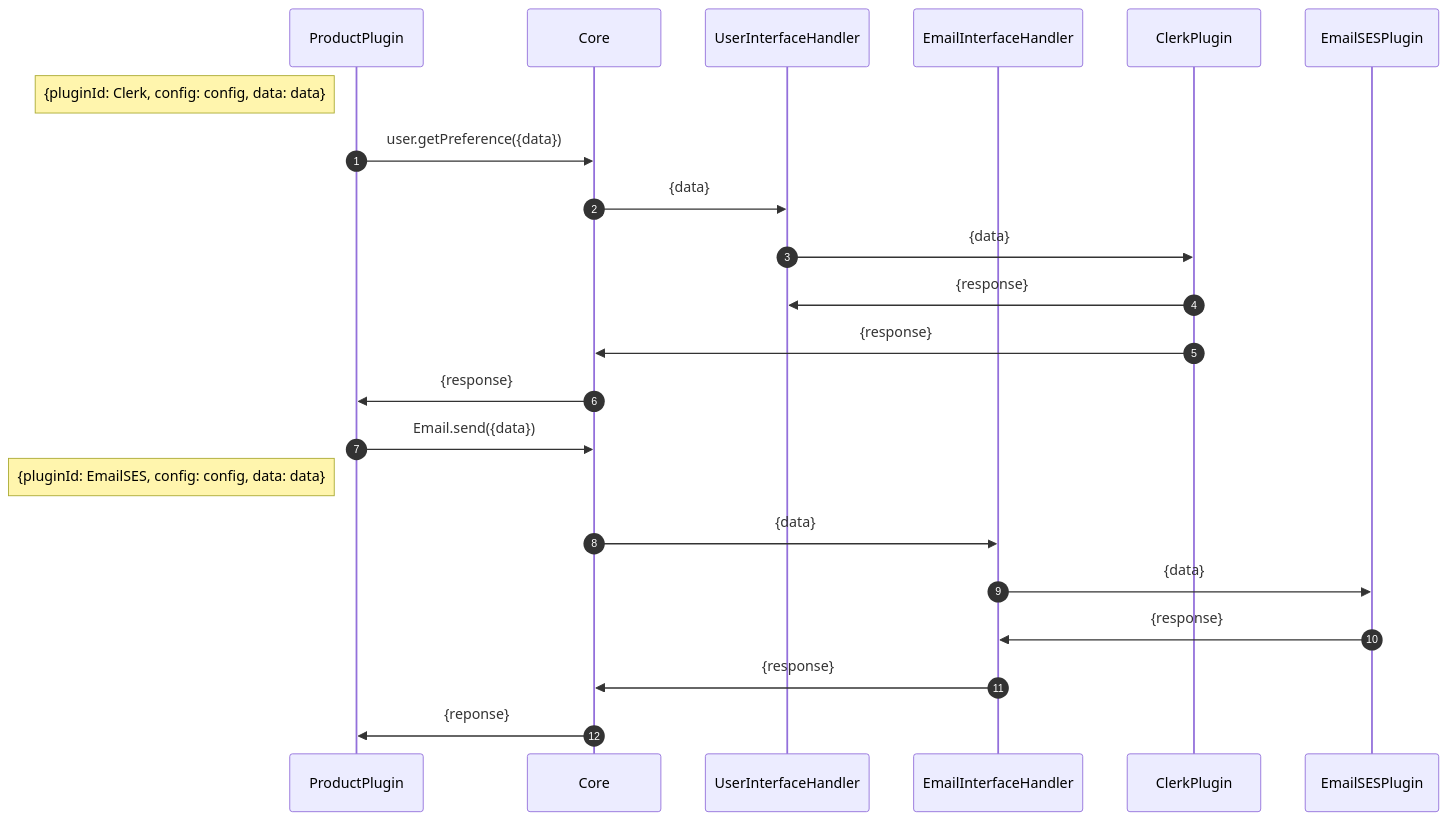
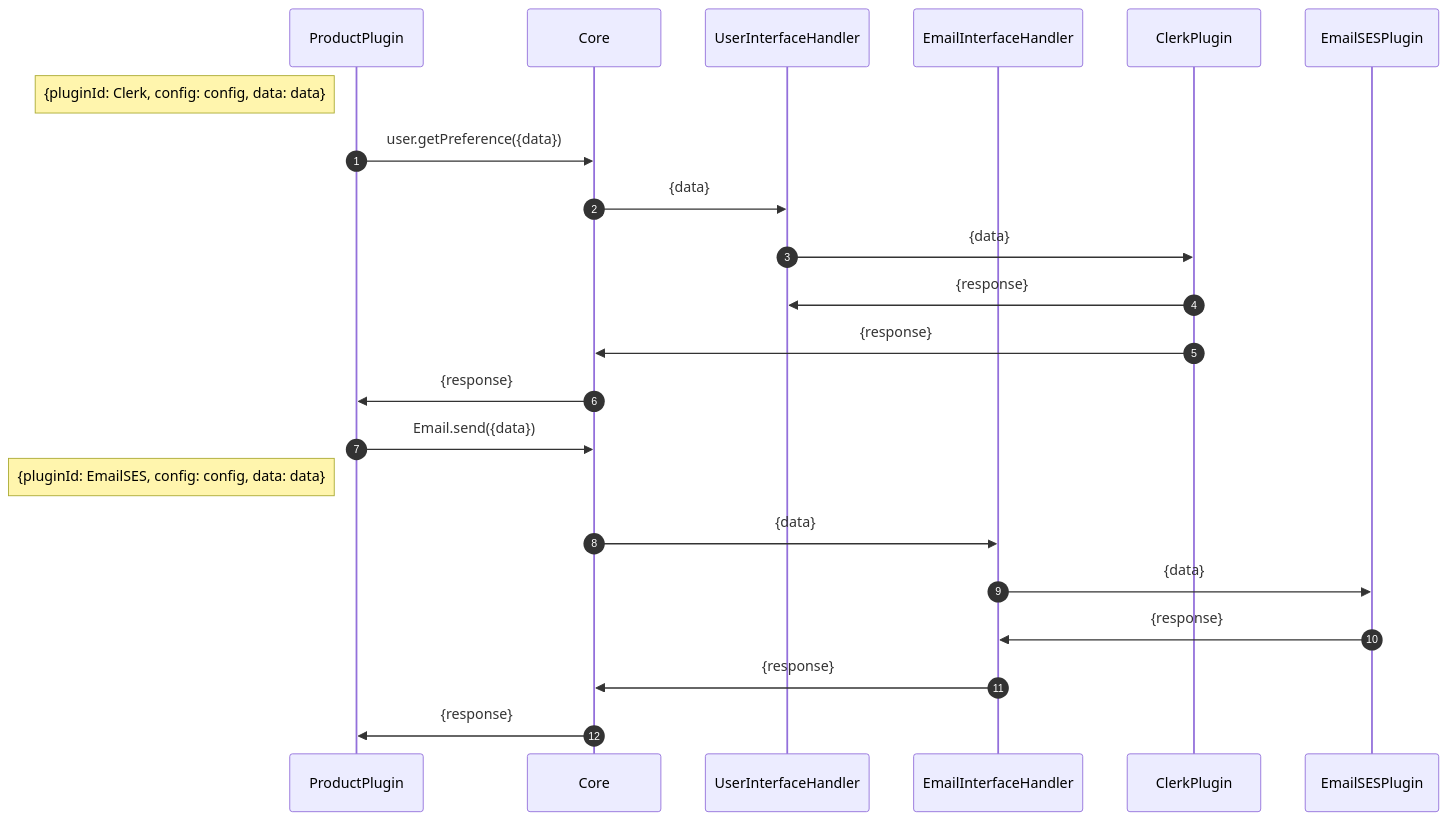
The first of 2 diagrams in README.md (golden-kumar-appointy/SaaStack), drawn with Mermaid before and after one commit. The commit also changed other lines of this file, not shown here.

````diff
--- a/README.md
+++ b/README.md
@@ -5,27 +5,26 @@
 ```mermaid
 sequenceDiagram
   autonumber
   participant P as ProductPlugin
   participant C as Core
   participant U as UserInterfaceHandler
   participant E as EmailInterfaceHandler
   participant UP as ClerkPlugin
   participant EP as EmailSESPlugin
 
   Note left of P: {pluginId: Clerk, config: config, data: data}
   P ->> C : user.getPreference({data})
   C ->> U : {data}
   U ->> UP : {data}
   UP ->> U : {response}
   UP ->> C: {response}
   C ->> P : {response}
 
   P ->> C : Email.send({data})
   Note left of P: {pluginId: EmailSES, config: config, data: data}
   C ->> E : {data}
   E ->> EP : {data}
   EP ->> E : {response}
   E ->> C : {response}
-  C ->> P : {reponse}
-
+  C ->> P : {response}
 ```
````
